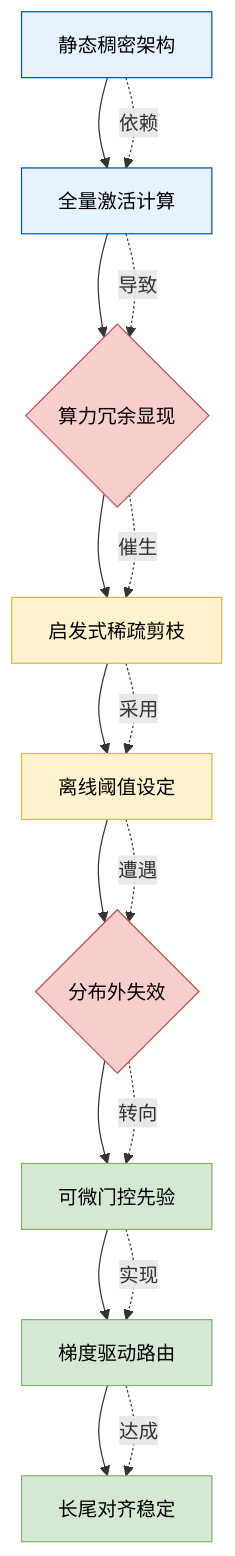
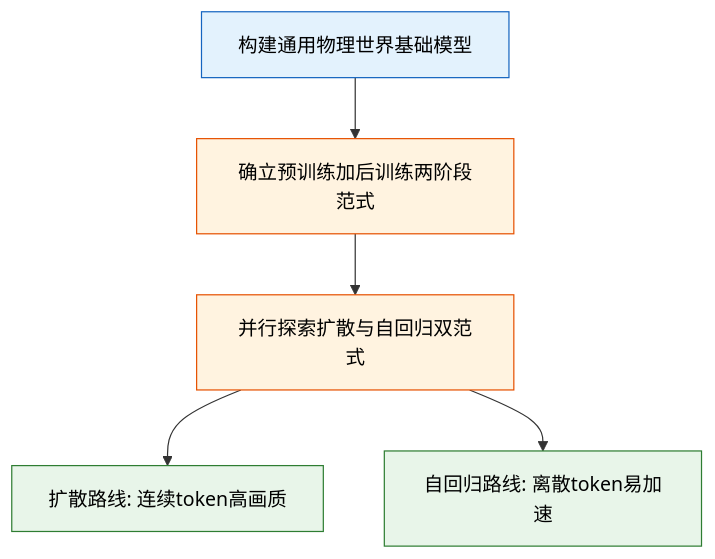
The seventh of 11 diagrams in person_vault/2026-06-08_CosmosWorldFoundationModelPlatformForPhysicalAI_2501.03575/report.md (ShinewineW/paper-rolling), drawn with Mermaid before and after one commit. The commit also changed other lines of this file and 51 other files, not shown here.

````diff
--- a/person_vault/2026-06-08_CosmosWorldFoundationModelPlatformForPhysicalAI_2501.03575/report.md
+++ b/person_vault/2026-06-08_CosmosWorldFoundationModelPlatformForPhysicalAI_2501.03575/report.md
@@ -319,25 +533,17 @@
 ```mermaid
-flowchart TB
-    classDef dense fill:#e6f3ff,stroke:#0055a4,color:#000;
-    classDef heuristic fill:#fff2cc,stroke:#d6b656,color:#000;
-    classDef proposed fill:#d5e8d4,stroke:#82b366,color:#000;
-    classDef fail fill:#f8cecc,stroke:#b85450,color:#000;
+flowchart TD
+    classDef q fill:#e3f2fd,color:#000,stroke:#1565c0
+    classDef d fill:#fff3e0,color:#000,stroke:#e65100
+    classDef p fill:#e8f5e9,color:#000,stroke:#2e7d32
+    
+    q1["构建通用物理世界基础模型"]:::q
+    d1["确立预训练加后训练两阶段范式"]:::d
+    d2["并行探索扩散与自回归双范式"]:::d
+    p_diff["扩散路线: 连续token高画质"]:::p
+    p_ar["自回归路线: 离散token易加速"]:::p
 
-    static_dense["静态稠密架构"]:::dense --> full_compute["全量激活计算"]:::dense
-    full_compute --> compute_waste{算力冗余显现}:::fail
-    compute_waste --> heuristic_sparse["启发式稀疏剪枝"]:::heuristic
-    heuristic_sparse --> offline_threshold["离线阈值设定"]:::heuristic
-    offline_threshold --> ood_failure{分布外失效}:::fail
-    ood_failure --> diff_gating["可微门控先验"]:::proposed
-    diff_gating --> grad_routing["梯度驱动路由"]:::proposed
-    grad_routing --> stable_align["长尾对齐稳定"]:::proposed
-
-    static_dense -.依赖.-> full_compute
-    full_compute -.导致.-> compute_waste
-    compute_waste -.催生.-> heuristic_sparse
-    heuristic_sparse -.采用.-> offline_threshold
-    offline_threshold -.遭遇.-> ood_failure
-    ood_failure -.转向.-> diff_gating
-    diff_gating -.实现.-> grad_routing
-    grad_routing -.达成.-> stable_align
+    q1 --> d1
+    d1 --> d2
+    d2 --> p_diff
+    d2 --> p_ar
 ```
````
